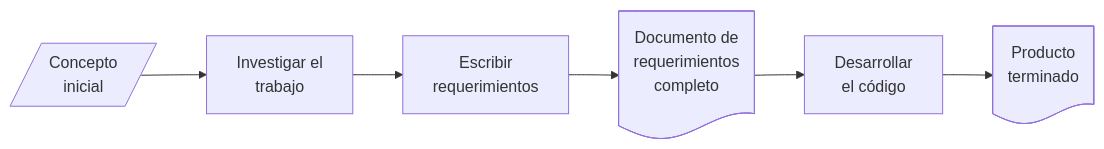
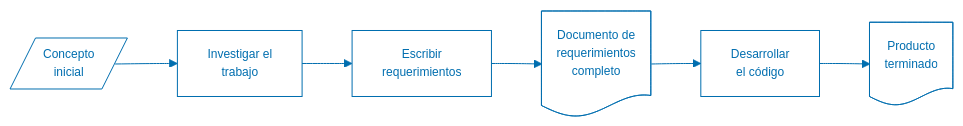
The first of 3 diagrams in 2_Tecnicas_y_herramientas/2_06_.Modelos_de_proceso/2_06_01_Volere.md (ucudal/ANDIS_Conceptos), drawn with Mermaid before and after one commit. The commit also changed other lines of this file and 1 other file, not shown here.

````diff
--- a/2_Tecnicas_y_herramientas/2_06_.Modelos_de_proceso/2_06_01_Volere.md
+++ b/2_Tecnicas_y_herramientas/2_06_.Modelos_de_proceso/2_06_01_Volere.md
@@ -236,24 +236,24 @@
 ```mermaid
 %%{
   init: {
-    "theme": "base",
-    "themeVariables": {
-      "fontFamily": "system-ui, Helvetica, Arial, sans-serif",
-      "fontSize": "12px",
-      "mainBkg": "transparent",
-      "primaryColor": "transparent",
-      "primaryTextColor": "#006EAF",
-      "primaryBorderColor": "#006EAF",
-      "lineColor": "#006EAF",
+    'theme': 'base',
+    'themeVariables': {
+      'fontFamily': 'system-ui, Helvetica, Arial, sans-serif',
+      'fontSize': '12px',
+      'mainBkg': 'transparent',
+      'primaryColor': 'transparent',
+      'primaryTextColor': '#006EAF',
+      'primaryBorderColor': '#006EAF',
+      'lineColor': '#006EAF'
     }
   }
 }%%
 %% https://mermaid.js.org/config/theming.html
 %% https://mermaid.js.org/syntax/flowchart.html
 flowchart LR
     A[/Concepto<br>inicial/] --> B[Investigar el<br>trabajo]
     B --> C[Escribir<br>requerimientos]
     C --> D@{ shape: doc, label: Documento de<br>requerimientos<br>completo }
     D --> E[Desarrollar<br>el código]
     E --> F@{ shape: doc, label: Producto<br>terminado }
 ```
````
